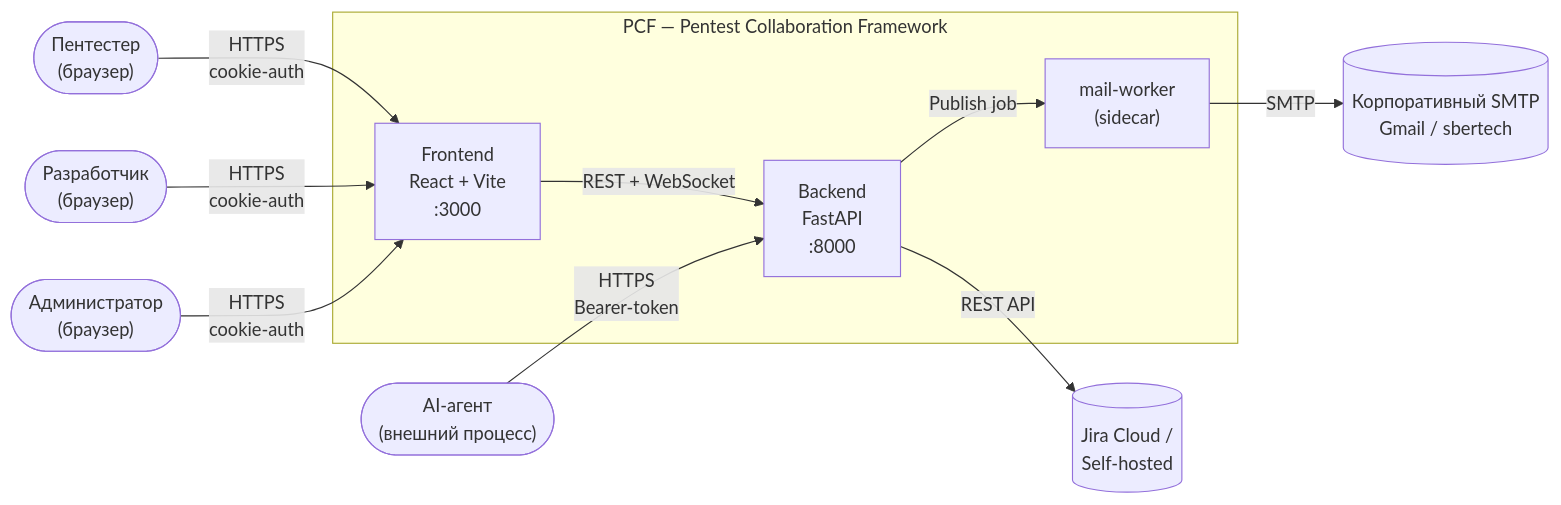
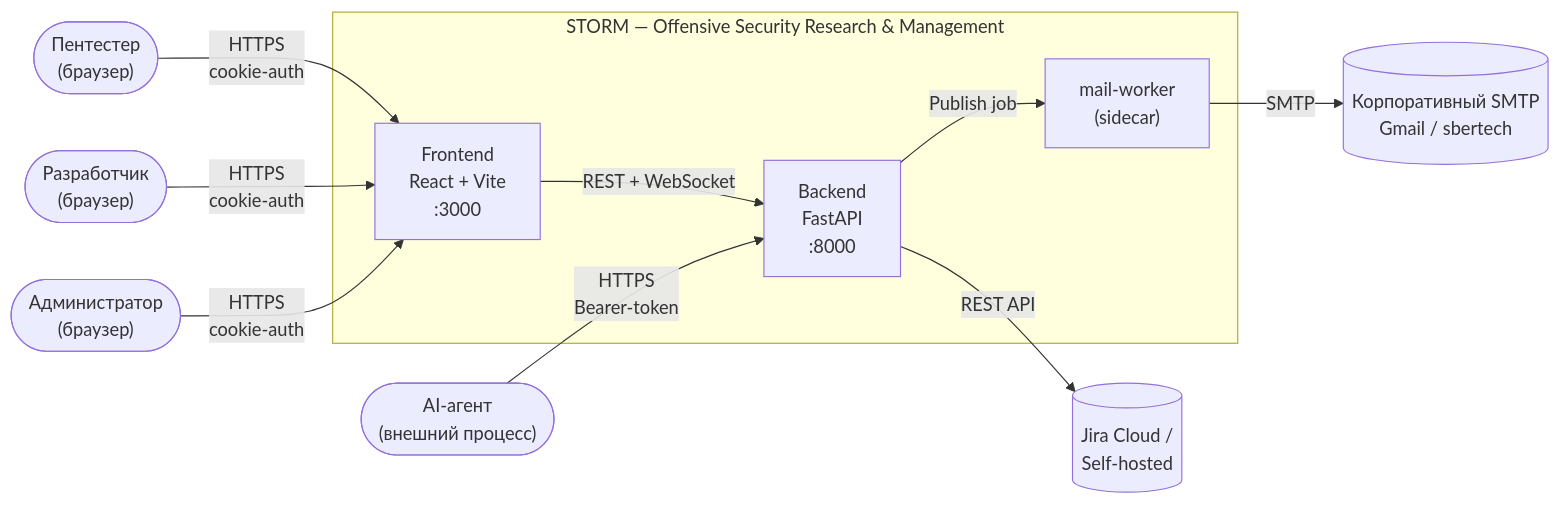
The first of 21 diagrams in ARCH_DIAGRAMS.md (nkolomiika/SberPCF), drawn with Mermaid before and after one commit. The commit also changed other lines of this file and 12 other files, not shown here.

````diff
--- a/ARCH_DIAGRAMS.md
+++ b/ARCH_DIAGRAMS.md
@@ -13,25 +13,25 @@
 ```mermaid
 flowchart LR
     Pentester(["Пентестер<br/>(браузер)"])
     Developer(["Разработчик<br/>(браузер)"])
     Admin(["Администратор<br/>(браузер)"])
     AIAgent(["AI-агент<br/>(внешний процесс)"])
 
-    subgraph PCF["PCF — Pentest Collaboration Framework"]
+    subgraph STORM["STORM — Offensive Security Research & Management"]
         Frontend["Frontend<br/>React + Vite<br/>:3000"]
         Backend["Backend<br/>FastAPI<br/>:8000"]
         Worker["mail-worker<br/>(sidecar)"]
     end
 
     JiraCloud[("Jira Cloud /<br/>Self-hosted")]
     SMTP[("Корпоративный SMTP<br/>Gmail / sbertech")]
 
     Pentester -->|HTTPS<br/>cookie-auth| Frontend
     Developer -->|HTTPS<br/>cookie-auth| Frontend
     Admin -->|HTTPS<br/>cookie-auth| Frontend
     Frontend -->|REST + WebSocket| Backend
     AIAgent -->|HTTPS<br/>Bearer-token| Backend
     Backend -->|REST API| JiraCloud
     Backend -->|Publish job| Worker
     Worker -->|SMTP| SMTP
 ```
````
